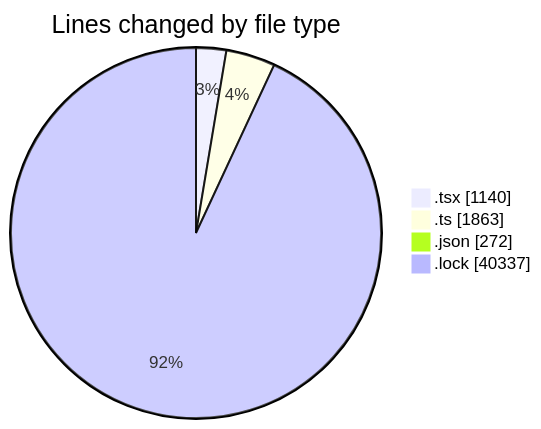
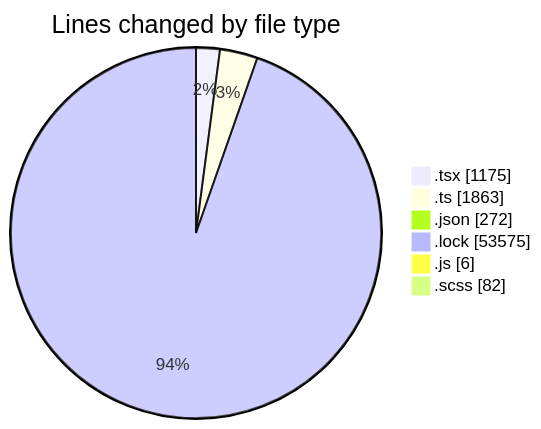
One commit to momahboobian/code-tracking changed the first of 2 diagrams in 2026-03-27/cda/README.md. Above: the diagram before and after it, drawn with Mermaid. The commit also changed other lines of this file and 1 other file, not shown here.

````diff
--- a/2026-03-27/cda/README.md
+++ b/2026-03-27/cda/README.md
@@ -40,8 +43,10 @@
 ```mermaid
 pie showData
 title Lines changed by file type
-".tsx" : 1140
+".tsx" : 1175
 ".ts" : 1863
 ".json" : 272
-".lock" : 40337
+".lock" : 53575
+".js" : 6
+".scss" : 82
 ```
````
